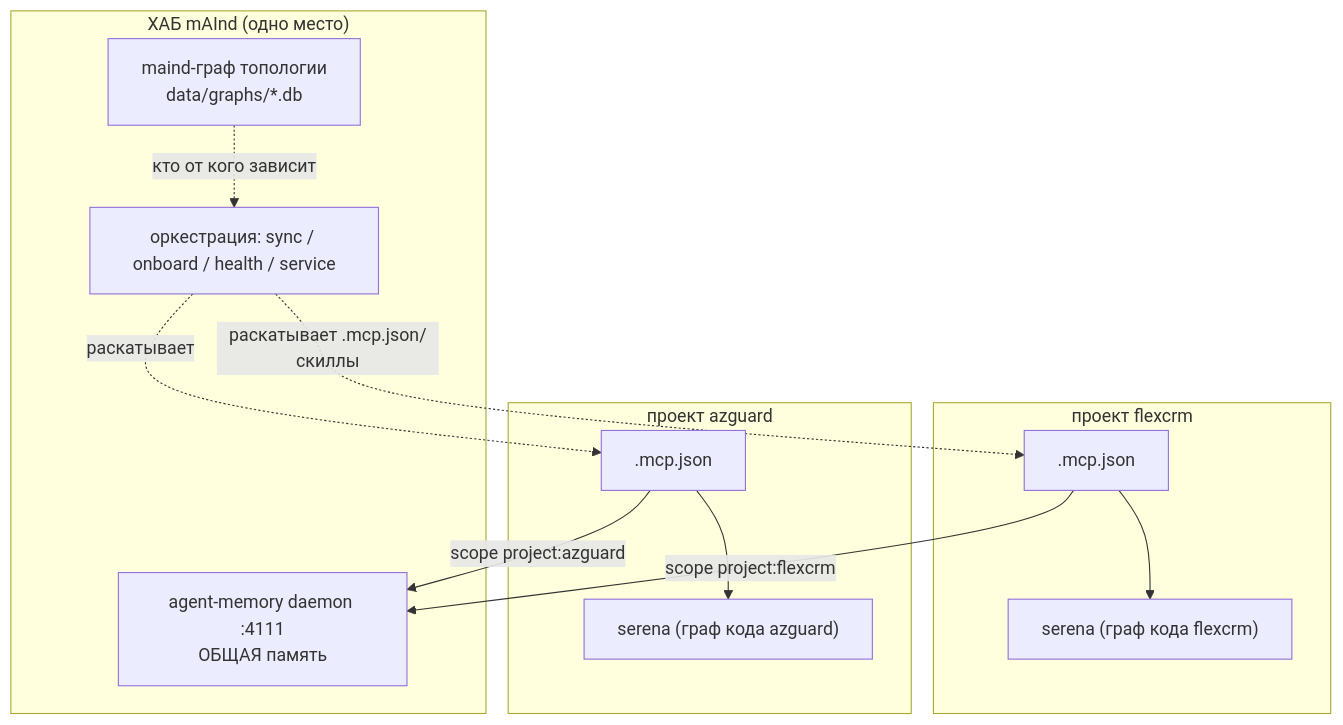
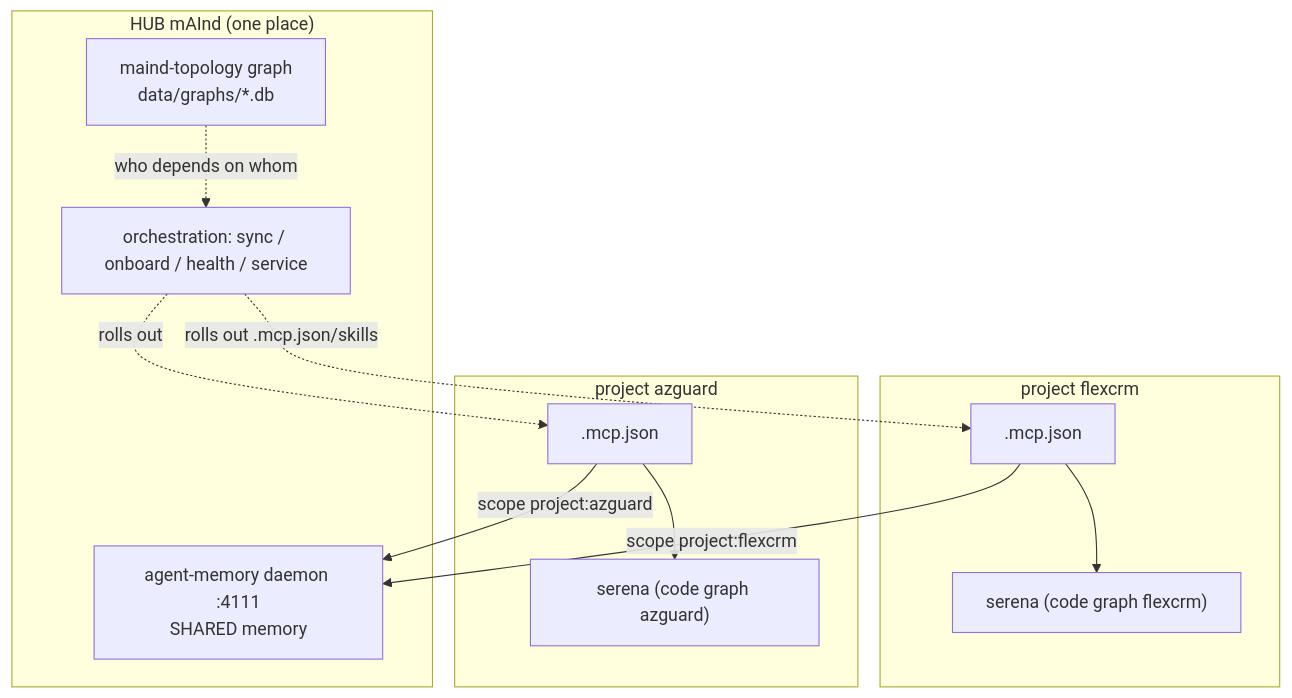
The first of 5 diagrams in packages/maind/docs/guide/design-notes.md (academici/swissknifeman), drawn with Mermaid before and after one commit. The commit also changed other lines of this file and 1553 other files, not shown here.

````diff
--- a/packages/maind/docs/guide/design-notes.md
+++ b/packages/maind/docs/guide/design-notes.md
@@ -11,23 +11,23 @@
 ```mermaid
 graph TB
-  subgraph hub["ХАБ mAInd (одно место)"]
-    MEM["agent-memory daemon :4111<br/>ОБЩАЯ память"]
-    TOPO["maind-граф топологии<br/>data/graphs/*.db"]
-    ORCH["оркестрация: sync / onboard / health / service"]
+  subgraph hub["HUB mAInd (one place)"]
+    MEM["agent-memory daemon :4111<br/>SHARED memory"]
+    TOPO["maind-topology graph<br/>data/graphs/*.db"]
+    ORCH["orchestration: sync / onboard / health / service"]
   end
-  subgraph p1["проект flexcrm"]
+  subgraph p1["project flexcrm"]
     M1[".mcp.json"]
-    S1["serena (граф кода flexcrm)"]
+    S1["serena (code graph flexcrm)"]
   end
-  subgraph p2["проект azguard"]
+  subgraph p2["project azguard"]
     M2[".mcp.json"]
-    S2["serena (граф кода azguard)"]
+    S2["serena (code graph azguard)"]
   end
   M1 -- "scope project:flexcrm" --> MEM
   M2 -- "scope project:azguard" --> MEM
-  ORCH -. "раскатывает .mcp.json/скиллы" .-> M1
-  ORCH -. "раскатывает" .-> M2
+  ORCH -. "rolls out .mcp.json/skills" .-> M1
+  ORCH -. "rolls out" .-> M2
   M1 --> S1
   M2 --> S2
-  TOPO -. "кто от кого зависит" .-> ORCH
+  TOPO -. "who depends on whom" .-> ORCH
 ```
````
